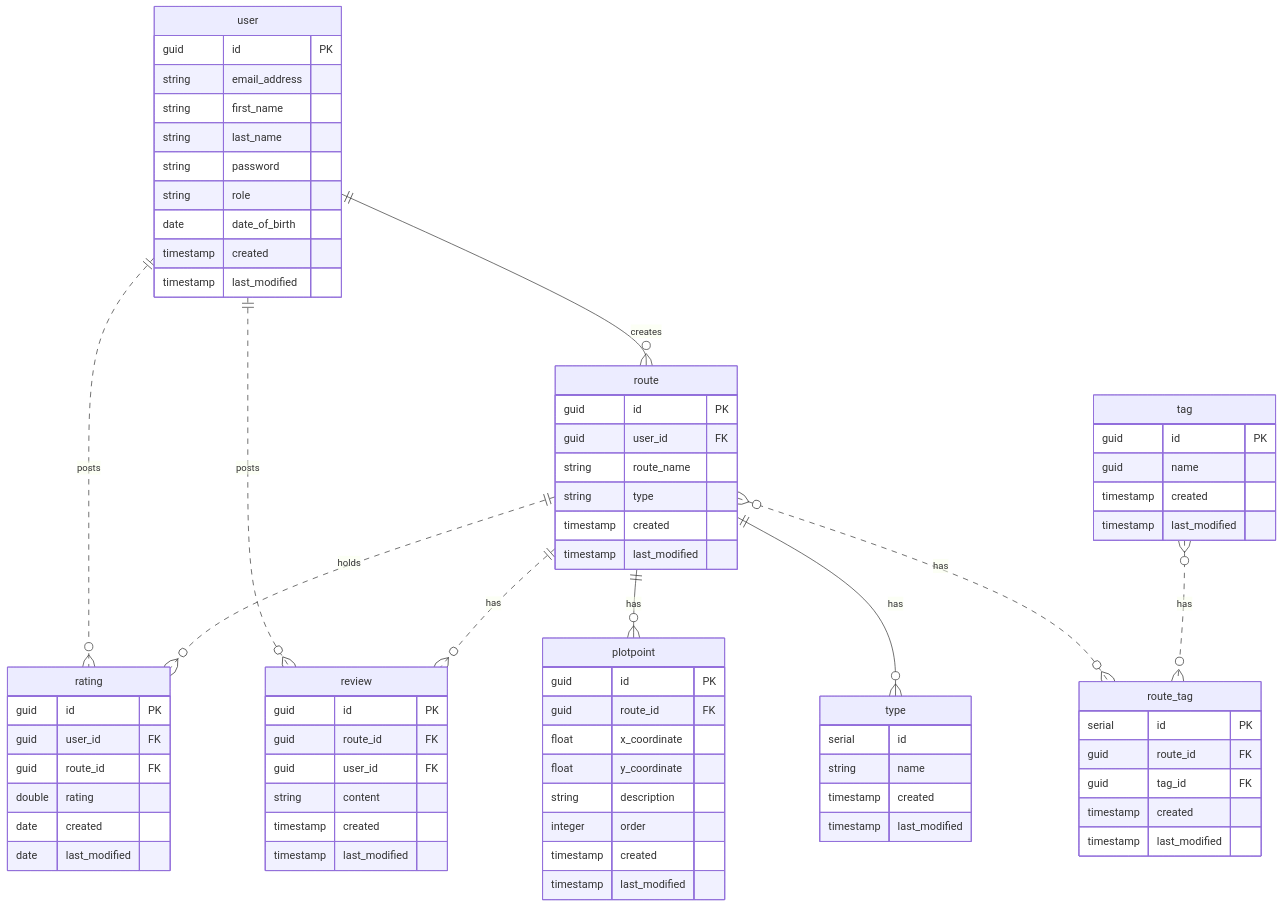
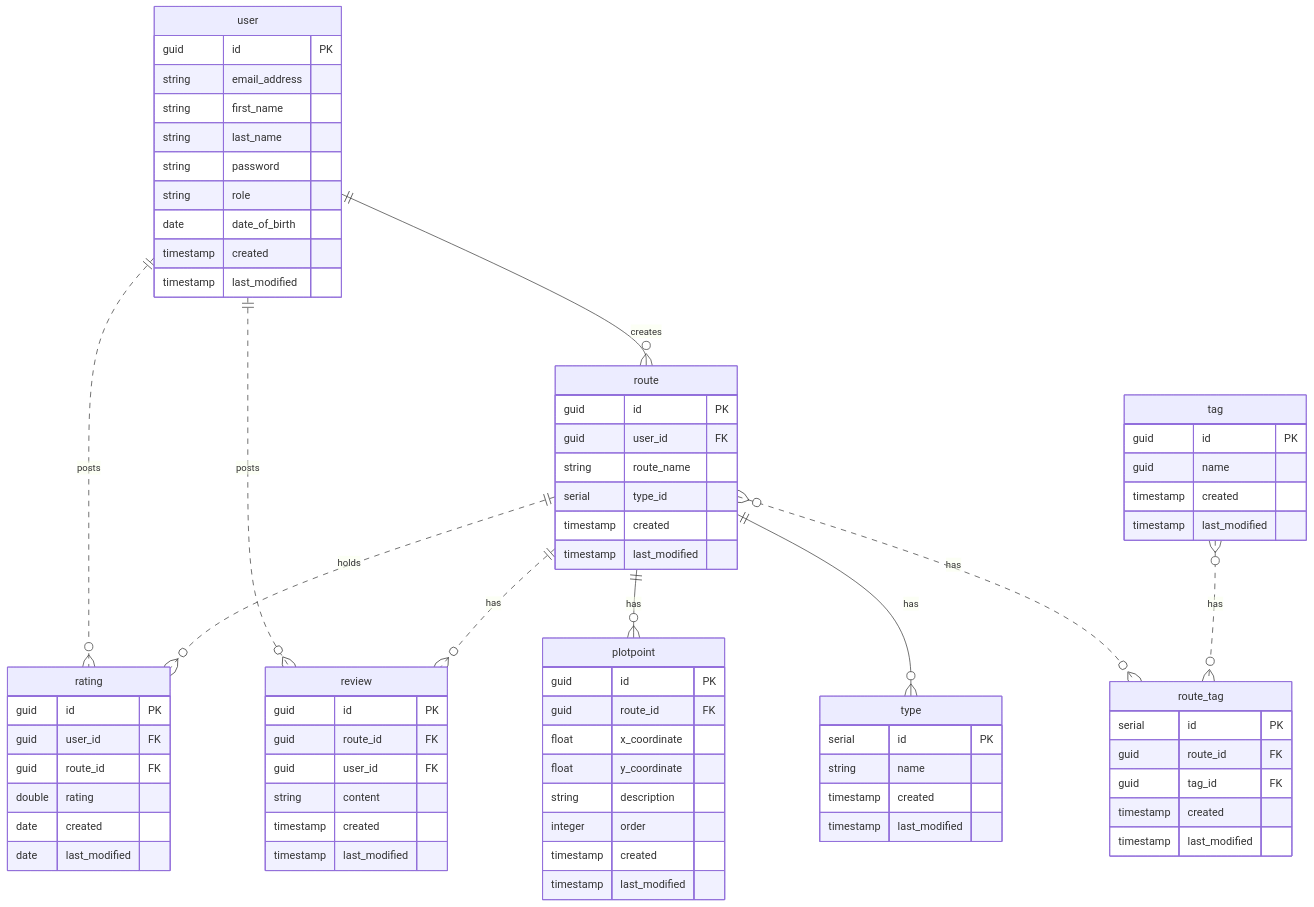
One commit to MurrayLyne96/RouteFinder changed the second of 2 diagrams in README.md. Above: the diagram before and after it, drawn with Mermaid.

````diff
--- a/README.md
+++ b/README.md
@@ -105,7 +105,7 @@
     }
 
     type {
-        serial id
+        serial id PK
         string name
         timestamp created
         timestamp last_modified
@@ -115,7 +115,7 @@
         guid id PK
         guid user_id FK
         string route_name
-        string type
+        serial type_id
         timestamp created
         timestamp last_modified
     }
@@ -164,4 +164,5 @@
         timestamp last_modified
     }
 
+
 ```
````
